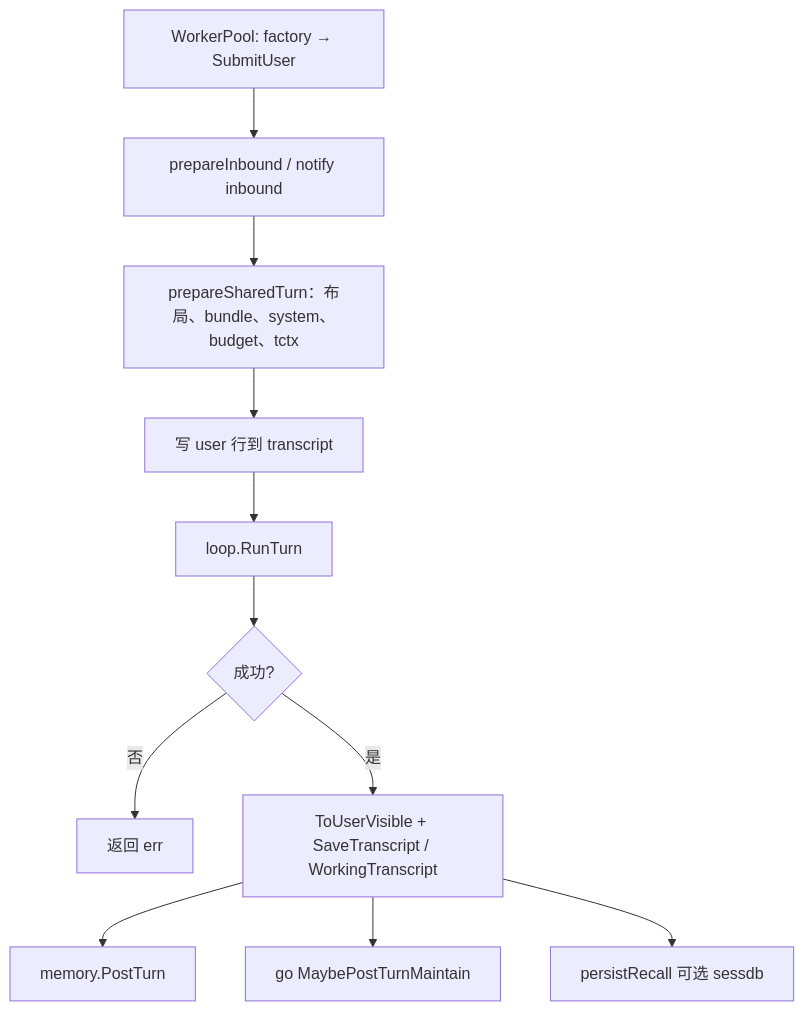
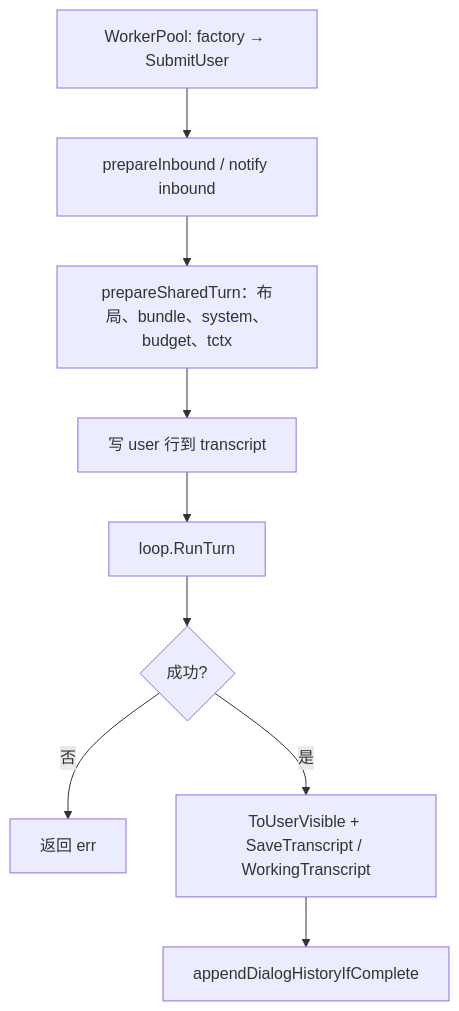
One commit to lengzhao/oneclaw changed the third of 5 diagrams in docs/runtime-flow.md. Above: the diagram before and after it, drawn with Mermaid. The commit also changed other lines of this file and 140 other files, not shown here.

````diff
--- a/docs/runtime-flow.md
+++ b/docs/runtime-flow.md
@@ -72,13 +71,11 @@
 ```mermaid
 flowchart TB
   WP[WorkerPool: factory → SubmitUser] --> N1[prepareInbound / notify inbound]
   N1 --> N2[prepareSharedTurn：布局、bundle、system、budget、tctx]
   N2 --> N3[写 user 行到 transcript]
   N3 --> RT[loop.RunTurn]
   RT --> OK{成功?}
   OK -->|否| ERR[返回 err]
   OK -->|是| N4[ToUserVisible + SaveTranscript / WorkingTranscript]
-  N4 --> PT[memory.PostTurn]
-  N4 --> MT[go MaybePostTurnMaintain]
-  N4 --> PR[persistRecall 可选 sessdb]
+  N4 --> DH[appendDialogHistoryIfComplete]
 ```
````
